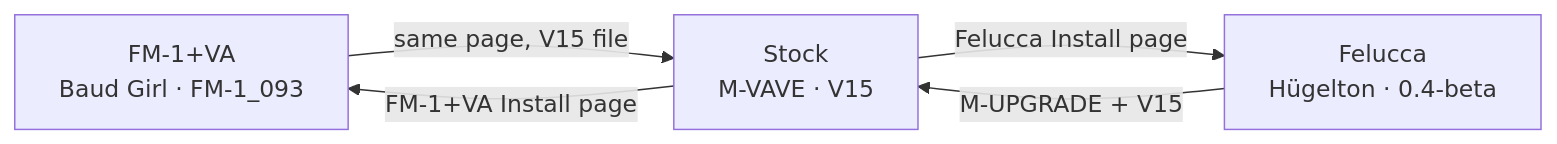
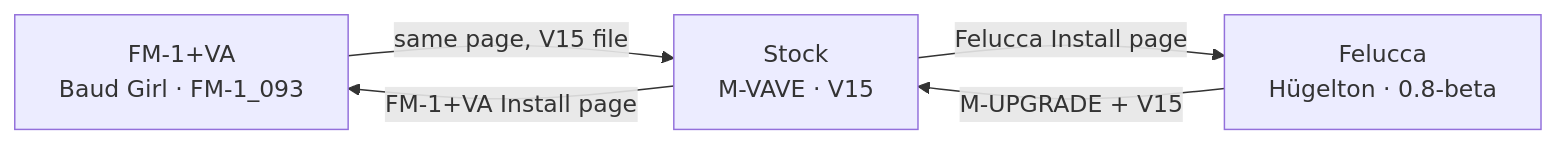
The diagram in docs/switching-firmware.md (benny-sparra/fm1-dx7-patch-importer), drawn with Mermaid before and after one commit. The commit also changed other lines of this file and 1 other file, not shown here.

First line of the commit message:
Update the Felucca notes from its 0.8-beta source

````diff
--- a/docs/switching-firmware.md
+++ b/docs/switching-firmware.md
@@ -11,10 +11,10 @@
 ```mermaid
 flowchart LR
   VA["FM-1+VA<br/>Baud Girl · FM-1_093"]
   Stock["Stock<br/>M-VAVE · V15"]
-  Felucca["Felucca<br/>Hügelton · 0.4-beta"]
+  Felucca["Felucca<br/>Hügelton · 0.8-beta"]
   Stock -- "FM-1+VA Install page" --> VA
   VA -- "same page, V15 file" --> Stock
   Stock -- "Felucca Install page" --> Felucca
   Felucca -- "M-UPGRADE + V15" --> Stock
 ```
````
